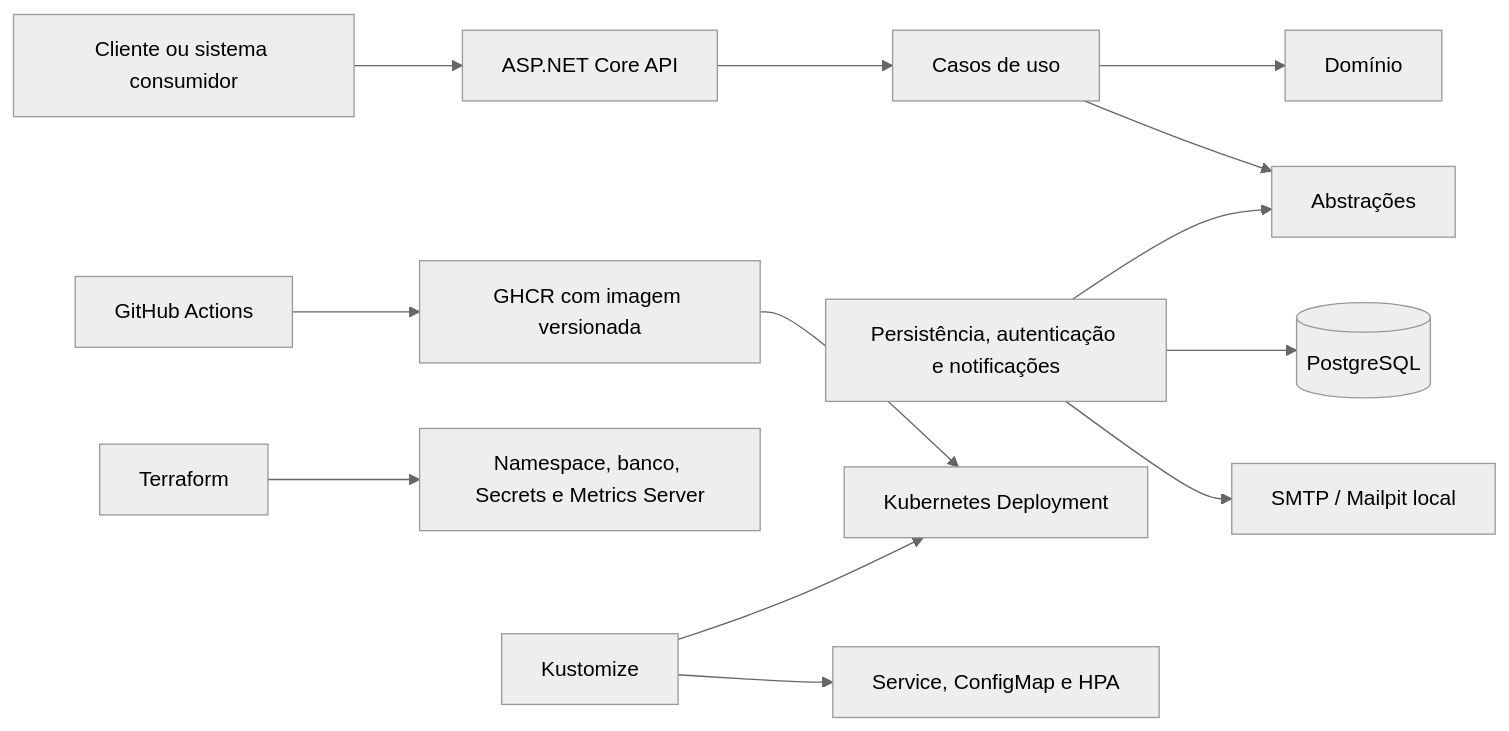
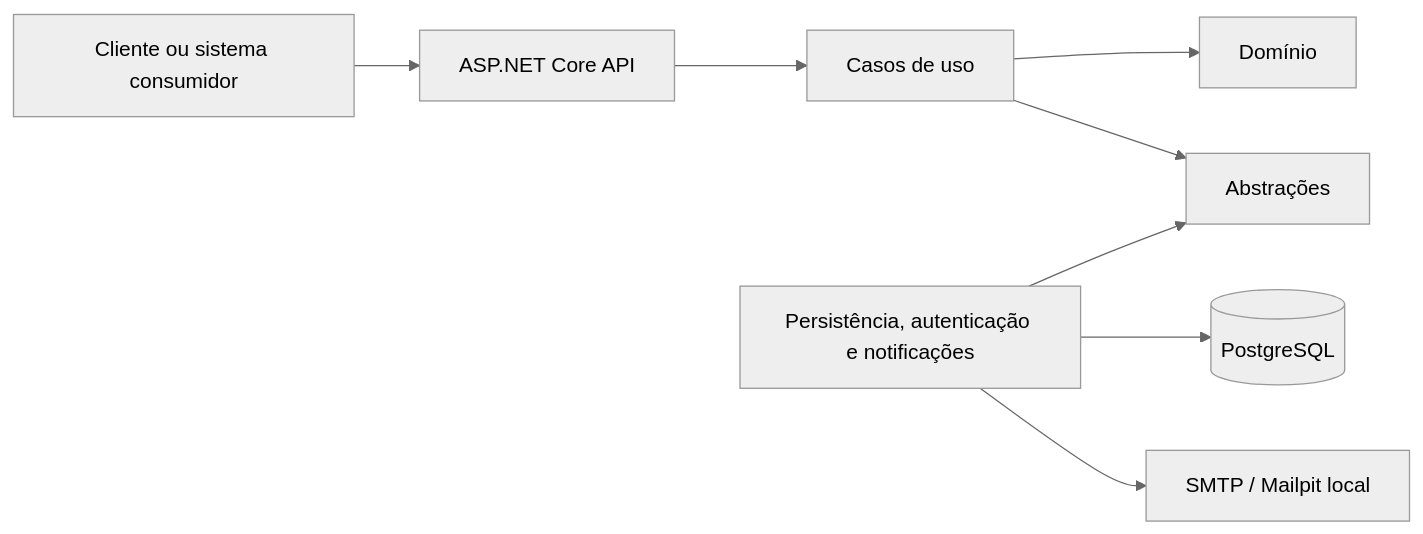
Before and after one commit to louistx/fiap-tech-challenge: the first of 2 diagrams in README.md, drawn with Mermaid (neutral theme). The commit also changed other lines of this file, not shown here.

Commit message:
docs: separa diagramas do README [skip ci]

````diff
--- a/README.md
+++ b/README.md
@@ -62,16 +62,10 @@
 ```mermaid
 flowchart LR
     Client[Cliente ou sistema consumidor] --> API[ASP.NET Core API]
     API --> Application[Casos de uso]
     Application --> Domain[Domínio]
     Application --> Contracts[Abstrações]
     Infrastructure[Persistência, autenticação e notificações] --> Contracts
     Infrastructure --> Database[(PostgreSQL)]
     Infrastructure --> Mailpit[SMTP / Mailpit local]
-
-    Actions[GitHub Actions] --> GHCR[GHCR com imagem versionada]
-    GHCR --> Deployment[Kubernetes Deployment]
-    Terraform[Terraform] --> Dependencies[Namespace, banco, Secrets e Metrics Server]
-    Kustomize[Kustomize] --> Deployment
-    Kustomize --> Service[Service, ConfigMap e HPA]
 ```
````
